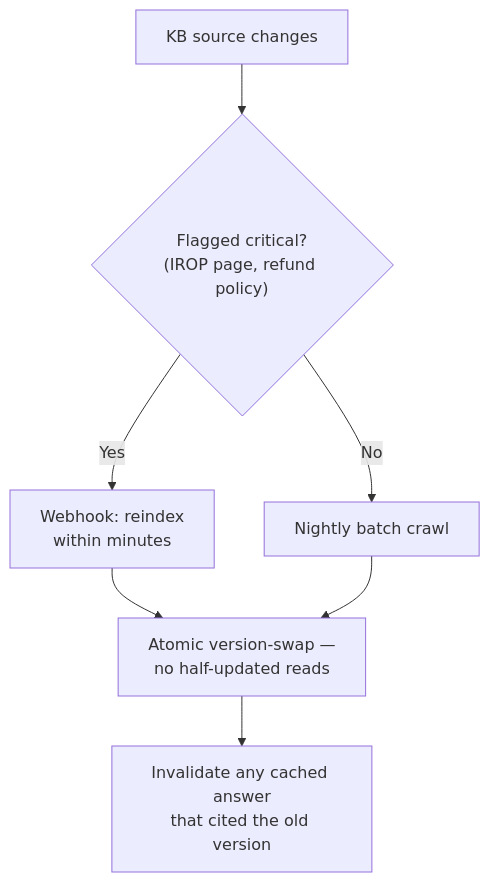
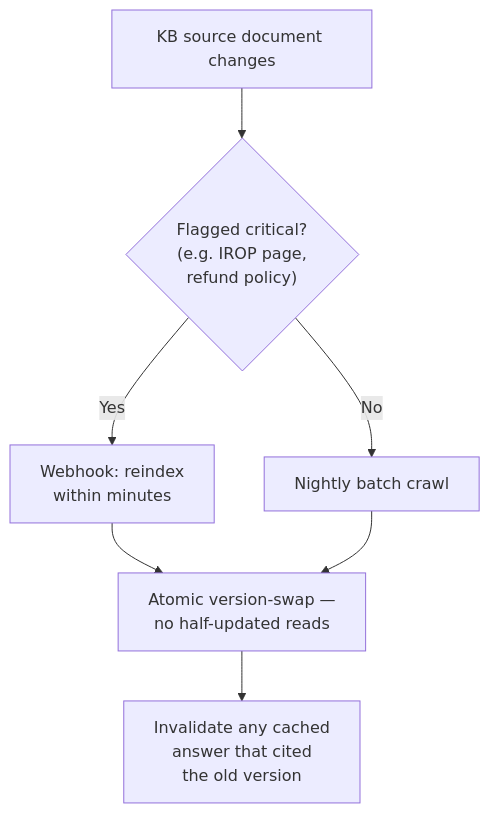
Before and after one commit to riyaz-pasha/Learnings: the ninth of 13 diagrams in system-design/HLD/0-course/44-Design-a-LLM-Customer-Support-Bot-FAANG-Guide-story.md, drawn with Mermaid. The commit also changed other lines of this file and 1 other file, not shown here.

Commit message:
[REWRITE] LLM Customer Support Bot story guide: simplify prose, add structure, fix diagrams

````diff
--- a/system-design/HLD/0-course/44-Design-a-LLM-Customer-Support-Bot-FAANG-Guide-story.md
+++ b/system-design/HLD/0-course/44-Design-a-LLM-Customer-Support-Bot-FAANG-Guide-story.md
@@ -226,9 +536,16 @@
 ```mermaid
 flowchart TD
-    SRC["KB source changes"] --> CRIT{"Flagged critical?\n(IROP page, refund policy)"}
-    CRIT -->|Yes| FAST["Webhook: reindex\nwithin minutes"]
-    CRIT -->|No| SLOW["Nightly batch crawl"]
-    FAST --> SWAP["Atomic version-swap —\nno half-updated reads"]
+    SRC["KB source document changes"]
+    CRIT{"Flagged critical?<br/>(e.g. IROP page,<br/>refund policy)"}
+    FAST["Webhook: reindex<br/>within minutes"]
+    SLOW["Nightly batch crawl"]
+    SWAP["Atomic version-swap —<br/>no half-updated reads"]
+    INVAL["Invalidate any cached<br/>answer that cited<br/>the old version"]
+
+    SRC --> CRIT
+    CRIT -- Yes --> FAST
+    CRIT -- No --> SLOW
+    FAST --> SWAP
     SLOW --> SWAP
-    SWAP --> INVAL["Invalidate any cached answer\nthat cited the old version"]
+    SWAP --> INVAL
 ```
````
